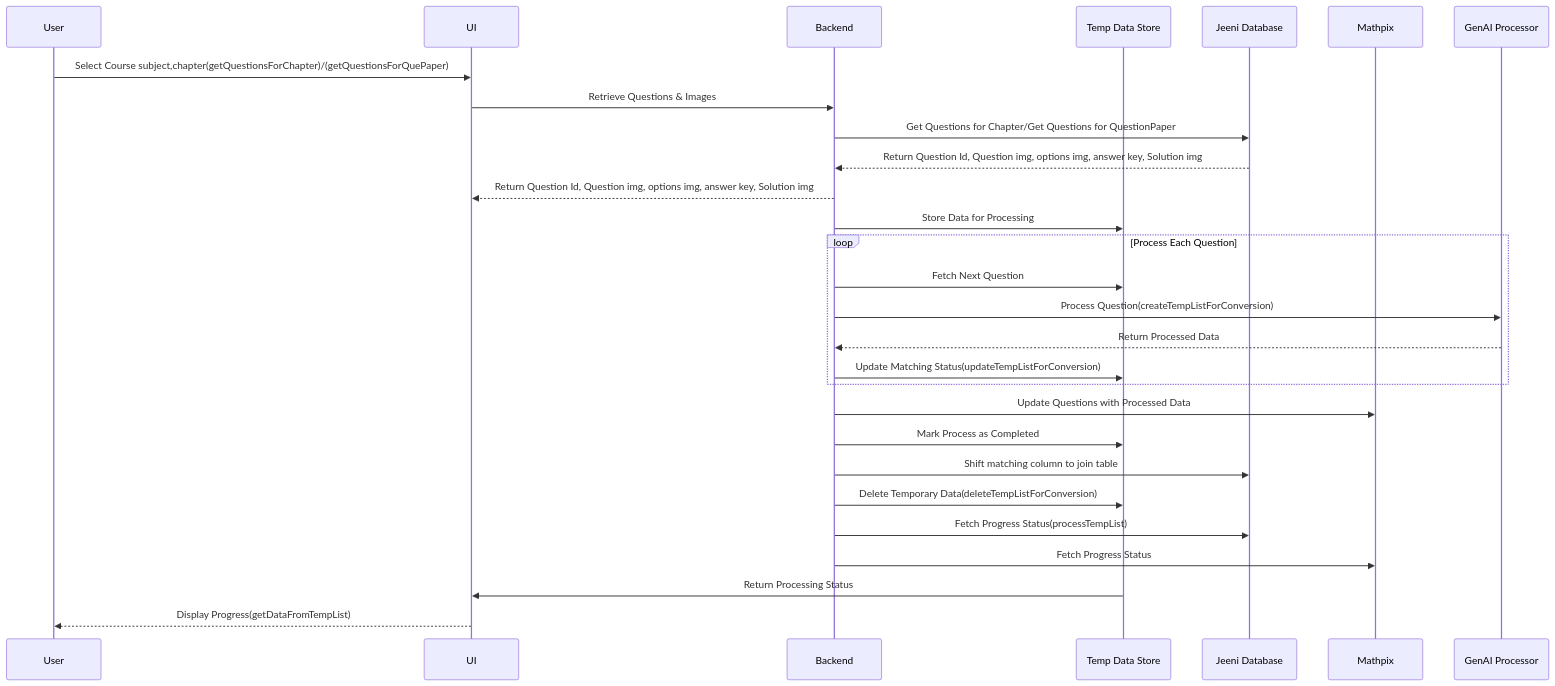
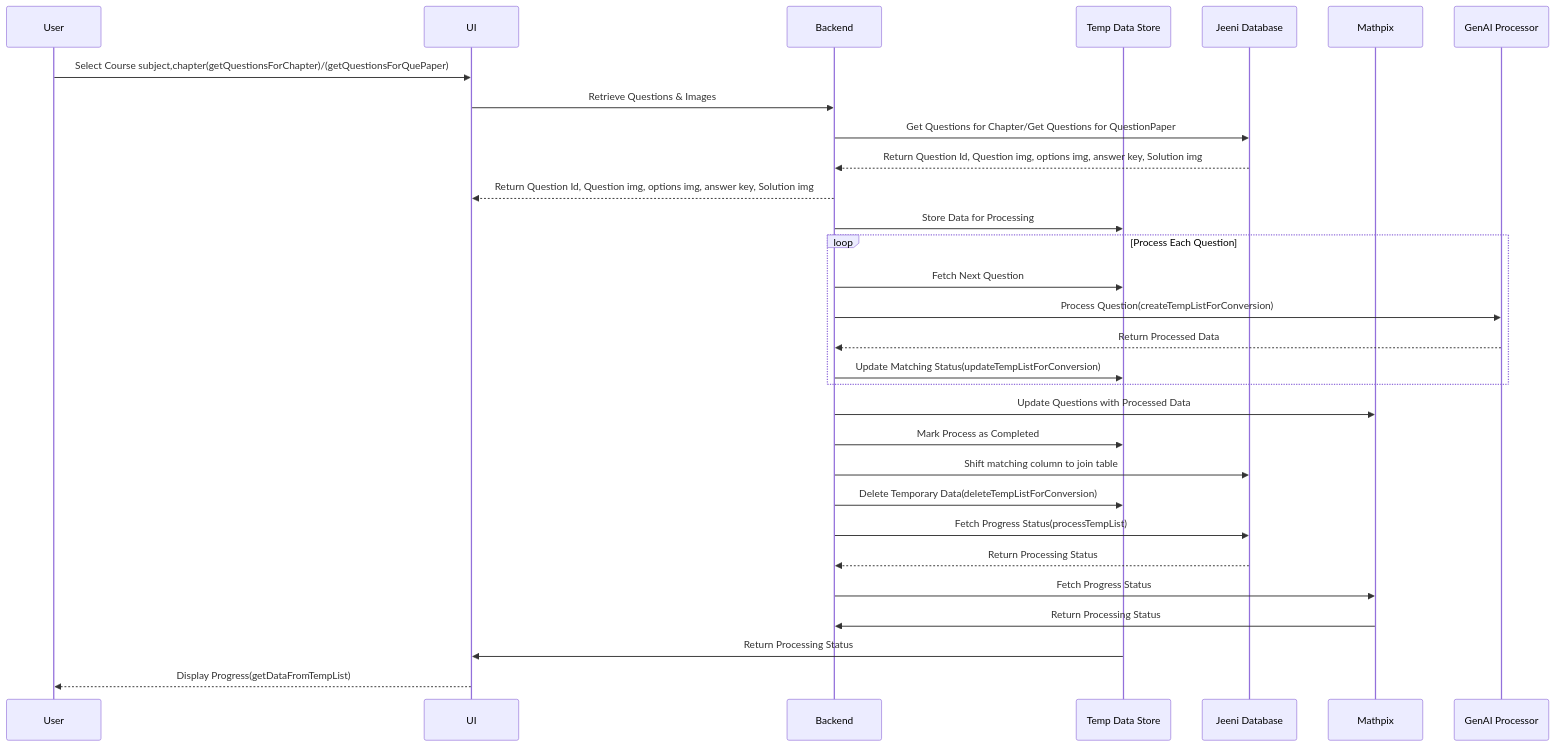
The diagram in docs/sequence_digram.md (MayuriSutar12/Documentation), drawn with Mermaid before and after one commit.

````diff
--- a/docs/sequence_digram.md
+++ b/docs/sequence_digram.md
@@ -2,41 +2,43 @@
 ```mermaid
 sequenceDiagram
     participant User as User
     participant UI as UI
     participant Backend as Backend
     participant TempDB as Temp Data Store
     participant JeeniDB as Jeeni Database
     participant Mathpix as Mathpix
     participant GenAI as GenAI Processor
 
     User ->> UI: Select Course subject,chapter(getQuestionsForChapter)/(getQuestionsForQuePaper)
     
 
     UI ->> Backend: Retrieve Questions & Images
     
     Backend ->> JeeniDB: Get Questions for Chapter/Get Questions for QuestionPaper
     JeeniDB -->> Backend: Return Question Id, Question img, options img, answer key, Solution img
     Backend -->> UI: Return Question Id, Question img, options img, answer key, Solution img
     Backend ->> TempDB: Store Data for Processing
 
     loop Process Each Question
         Backend ->> TempDB: Fetch Next Question
         Backend ->> GenAI: Process Question(createTempListForConversion)
         GenAI -->> Backend: Return Processed Data
         Backend ->> TempDB: Update Matching Status(updateTempListForConversion)
     end
 
     Backend ->> Mathpix: Update Questions with Processed Data
     Backend ->> TempDB: Mark Process as Completed
     Backend ->> JeeniDB: Shift matching column to join table
     Backend ->> TempDB: Delete Temporary Data(deleteTempListForConversion)
 
 
     
    Backend ->> JeeniDB: Fetch Progress Status(processTempList)
-   Backend ->> Mathpix: Fetch Progress Status 
+   JeeniDB -->> Backend: Return Processing Status
+   Backend ->> Mathpix: Fetch Progress Status
+   Mathpix ->> Backend: Return Processing Status
    TempDB ->> UI: Return Processing Status
    UI -->> User: Display Progress(getDataFromTempList)
 
 
 ```
````
